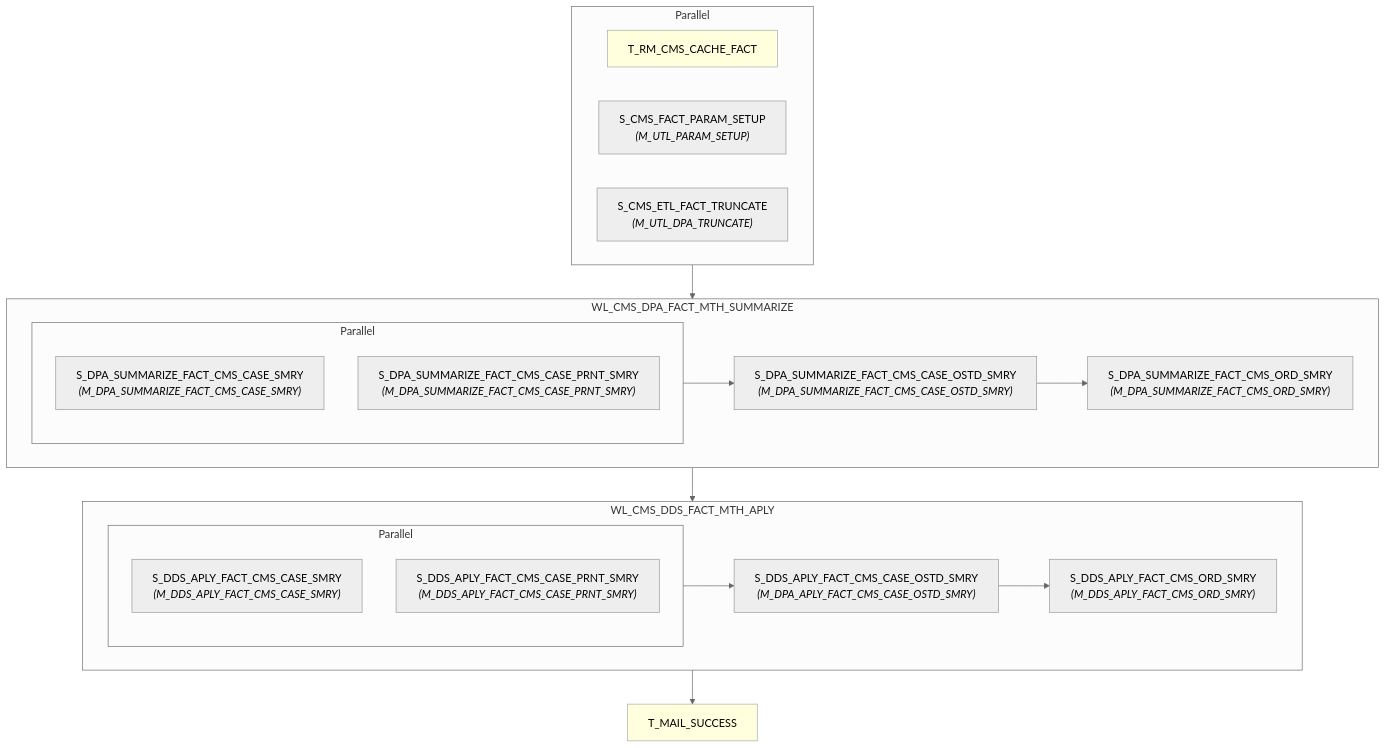
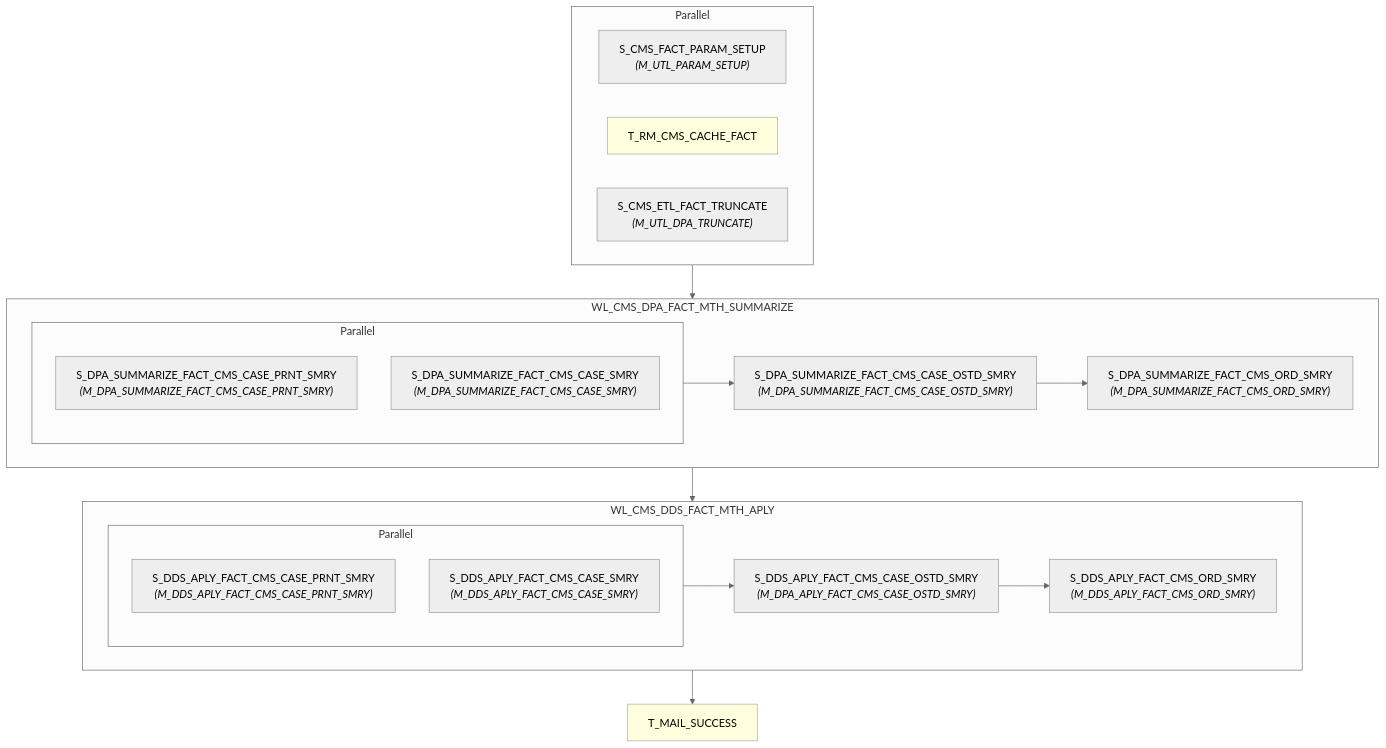
One commit to asl-adamxu/informatica-sparker-poc changed the diagram in informatica/PowerCenter_workflows/dds/WF_CMS_DDS_APLY_MTH_SPARK/wf_cms_dds_aply_mth.md. Above: the diagram before and after it, drawn with Mermaid (neutral theme). The commit also changed 20 other files, not shown here.

First line of the commit message:
fix: discover mapplet-internal lookup tables, remove schema prefix from DDL

````diff
--- a/informatica/PowerCenter_workflows/dds/WF_CMS_DDS_APLY_MTH_SPARK/wf_cms_dds_aply_mth.md
+++ b/informatica/PowerCenter_workflows/dds/WF_CMS_DDS_APLY_MTH_SPARK/wf_cms_dds_aply_mth.md
@@ -7,41 +7,41 @@
 ```mermaid
 flowchart TD
-    n1["T_RM_CMS_CACHE_FACT"]
-    style n1 fill:#ffd,stroke:#aaa,stroke-width:1px
-    n2["S_CMS_FACT_PARAM_SETUP<br/><i>(M_UTL_PARAM_SETUP)</i>"]
+    n1["S_CMS_FACT_PARAM_SETUP<br/><i>(M_UTL_PARAM_SETUP)</i>"]
+    n2["T_RM_CMS_CACHE_FACT"]
+    style n2 fill:#ffd,stroke:#aaa,stroke-width:1px
     n3["S_CMS_ETL_FACT_TRUNCATE<br/><i>(M_UTL_DPA_TRUNCATE)</i>"]
     subgraph pg4[Parallel]
         n1
         n2
         n3
     end
     subgraph wkl5["WL_CMS_DPA_FACT_MTH_SUMMARIZE"]
-    n6["S_DPA_SUMMARIZE_FACT_CMS_CASE_SMRY<br/><i>(M_DPA_SUMMARIZE_FACT_CMS_CASE_SMRY)</i>"]
-    n7["S_DPA_SUMMARIZE_FACT_CMS_CASE_PRNT_SMRY<br/><i>(M_DPA_SUMMARIZE_FACT_CMS_CASE_PRNT_SMRY)</i>"]
+    n6["S_DPA_SUMMARIZE_FACT_CMS_CASE_PRNT_SMRY<br/><i>(M_DPA_SUMMARIZE_FACT_CMS_CASE_PRNT_SMRY)</i>"]
+    n7["S_DPA_SUMMARIZE_FACT_CMS_CASE_SMRY<br/><i>(M_DPA_SUMMARIZE_FACT_CMS_CASE_SMRY)</i>"]
     subgraph pg8[Parallel]
         n6
         n7
     end
     n9["S_DPA_SUMMARIZE_FACT_CMS_CASE_OSTD_SMRY<br/><i>(M_DPA_SUMMARIZE_FACT_CMS_CASE_OSTD_SMRY)</i>"]
     n10["S_DPA_SUMMARIZE_FACT_CMS_ORD_SMRY<br/><i>(M_DPA_SUMMARIZE_FACT_CMS_ORD_SMRY)</i>"]
         pg8 --> n9
         n9 --> n10
     end
     subgraph wkl11["WL_CMS_DDS_FACT_MTH_APLY"]
-    n12["S_DDS_APLY_FACT_CMS_CASE_SMRY<br/><i>(M_DDS_APLY_FACT_CMS_CASE_SMRY)</i>"]
-    n13["S_DDS_APLY_FACT_CMS_CASE_PRNT_SMRY<br/><i>(M_DDS_APLY_FACT_CMS_CASE_PRNT_SMRY)</i>"]
+    n12["S_DDS_APLY_FACT_CMS_CASE_PRNT_SMRY<br/><i>(M_DDS_APLY_FACT_CMS_CASE_PRNT_SMRY)</i>"]
+    n13["S_DDS_APLY_FACT_CMS_CASE_SMRY<br/><i>(M_DDS_APLY_FACT_CMS_CASE_SMRY)</i>"]
     subgraph pg14[Parallel]
         n12
         n13
     end
     n15["S_DDS_APLY_FACT_CMS_CASE_OSTD_SMRY<br/><i>(M_DPA_APLY_FACT_CMS_CASE_OSTD_SMRY)</i>"]
     n16["S_DDS_APLY_FACT_CMS_ORD_SMRY<br/><i>(M_DDS_APLY_FACT_CMS_ORD_SMRY)</i>"]
         pg14 --> n15
         n15 --> n16
     end
     n17["T_MAIL_SUCCESS"]
     style n17 fill:#ffd,stroke:#aaa,stroke-width:1px
     pg4 --> wkl5
     wkl5 --> wkl11
     wkl11 --> n17
 ```
````
